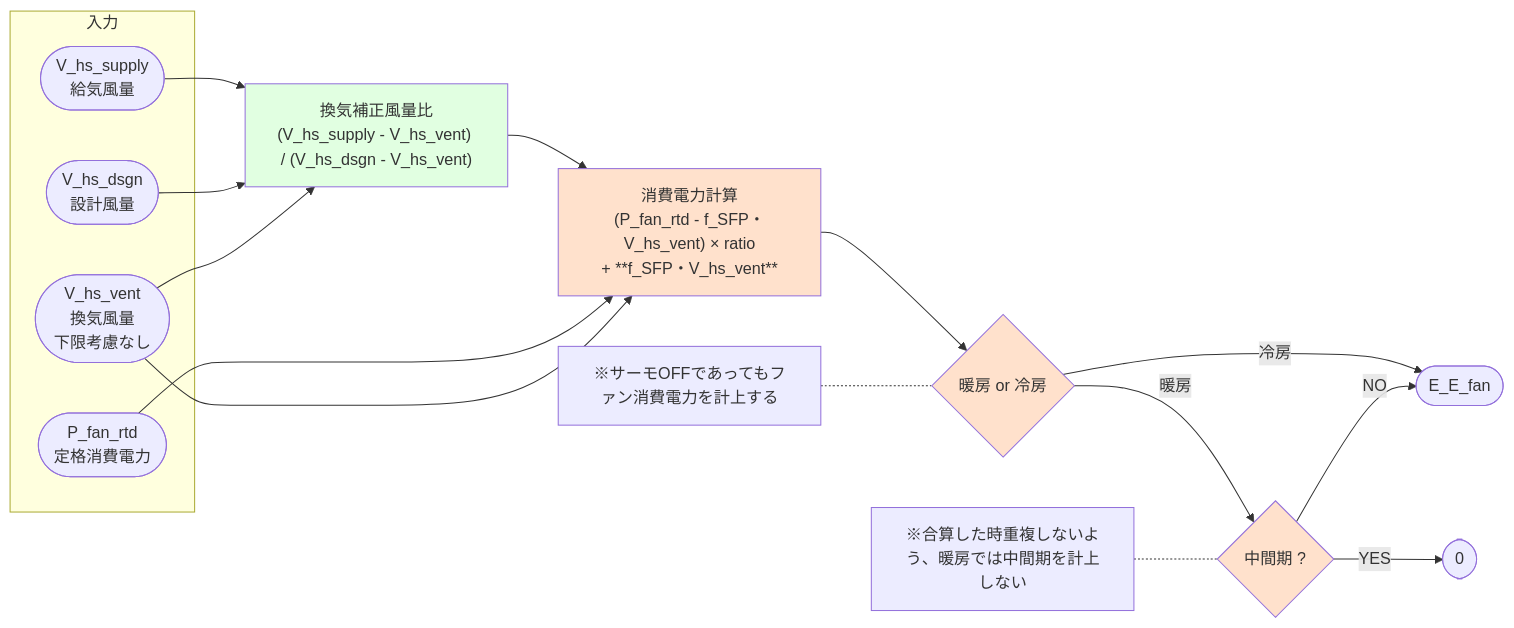
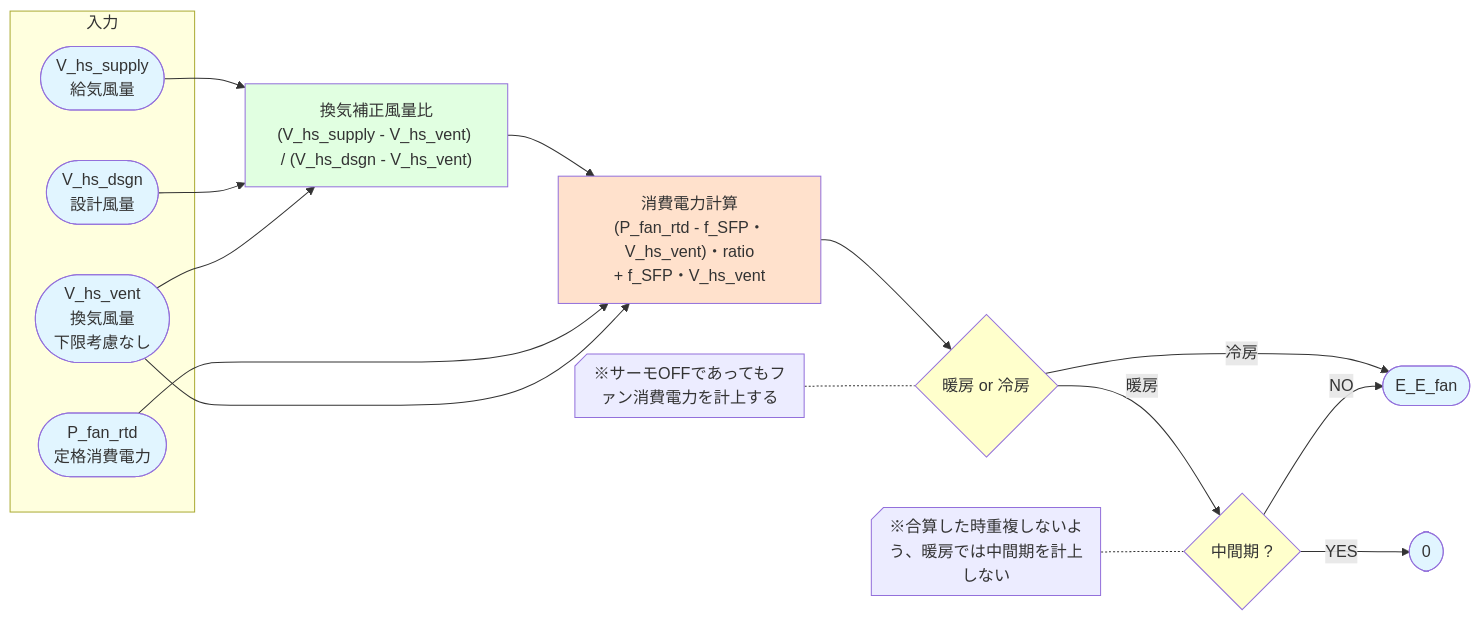
The sixth of 8 diagrams in docs/最低風量_最低電力_直接入力.md (iguchi-lab/Verification-Platform-Next), drawn with Mermaid before and after one commit. The commit also changed other lines of this file, not shown here.

````diff
--- a/docs/最低風量_最低電力_直接入力.md
+++ b/docs/最低風量_最低電力_直接入力.md
@@ -208,32 +222,34 @@
 ```mermaid
 flowchart LR
 
 subgraph 入力
     V(["V_hs_supply<br/>給気風量"])
     V_dsgn(["V_hs_dsgn<br/>設計風量"])
     V_vent(["V_hs_vent<br/>換気風量<br/>下限考慮なし"])
     P(["P_fan_rtd<br/>定格消費電力"])
 end
 
-V --> Ratio["換気補正風量比<br/>(V_hs_supply - V_hs_vent) / (V_hs_dsgn - V_hs_vent)"]
-V_dsgn --> Ratio
-V_vent --> Ratio
+V & V_dsgn & V_vent --> Ratio["換気補正風量比<br/>(V_hs_supply - V_hs_vent) / (V_hs_dsgn - V_hs_vent)"]
 
-Ratio --> Power["消費電力計算<br/>(P_fan_rtd - f_SFP・V_hs_vent) × ratio</br>+ **f_SFP・V_hs_vent**"]
-P --> Power
-V_vent --> Power
+Ratio & P & V_vent --> Power["消費電力計算<br/>(P_fan_rtd - f_SFP・V_hs_vent)・ratio</br>+ f_SFP・V_hs_vent"]
 
 Power --> Check2{暖房 or 冷房}
 Check2 --> |暖房| Check3{中間期 ?}
 Check2 --> |冷房| Result(["E_E_fan"])
-Note1[※サーモOFFであってもファン消費電力を計上する] -.- Check2
+Note1@{ shape: notch-rect, label: "※サーモOFFであってもファン消費電力を計上する" } -.- Check2
 
 Check3 -->|NO| Result
 Check3 -->|YES| Zero([0])
-Note2[※合算した時重複しないよう、暖房では中間期を計上しない] -.- Check3
+Note2@{ shape: notch-rect, label: "※合算した時重複しないよう、暖房では中間期を計上しない" } -.- Check3
 
+style V fill:#e1f5ff
+style V_dsgn fill:#e1f5ff
+style V_vent fill:#e1f5ff
+style P fill:#e1f5ff
 style Ratio fill:#e1ffe1
 style Power fill:#ffe1cc
-style Check2 fill:#ffe1cc
-style Check3 fill:#ffe1cc
+style Check2 fill:#ffffcc
+style Check3 fill:#ffffcc
+style Result fill:#e1f5ff
+style Zero fill:#e1f5ff
 ```
````
